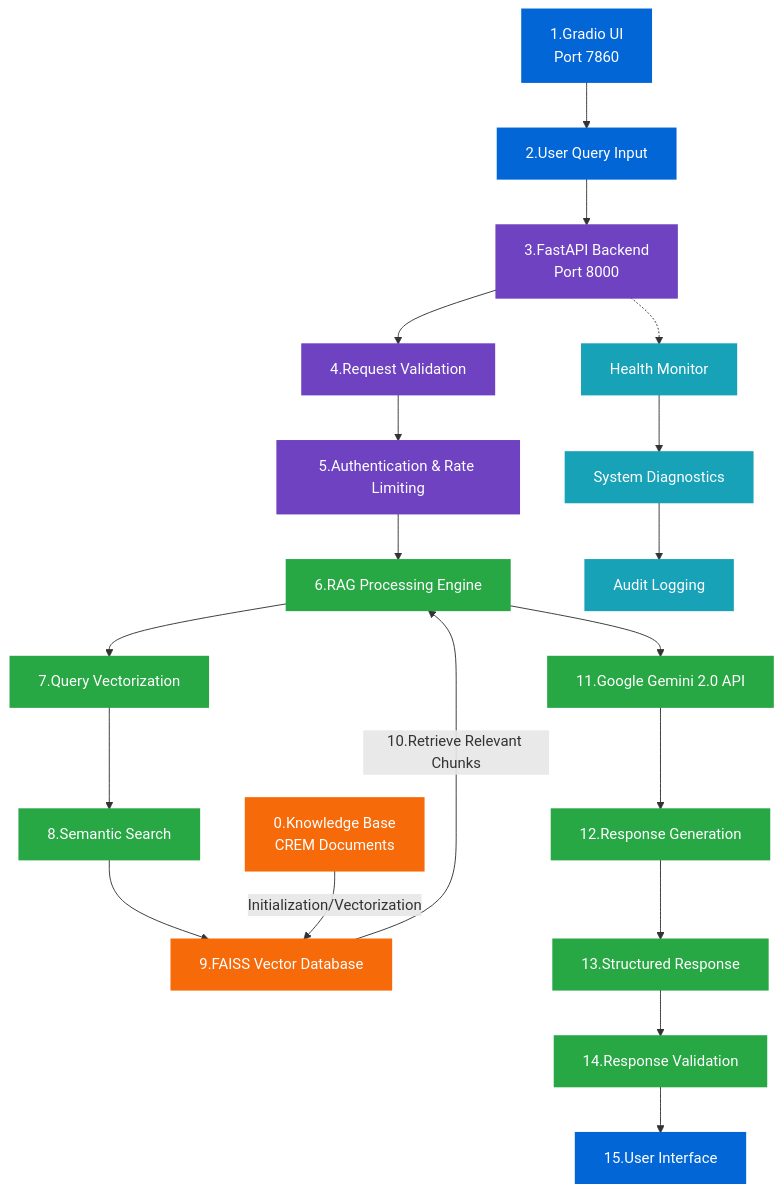
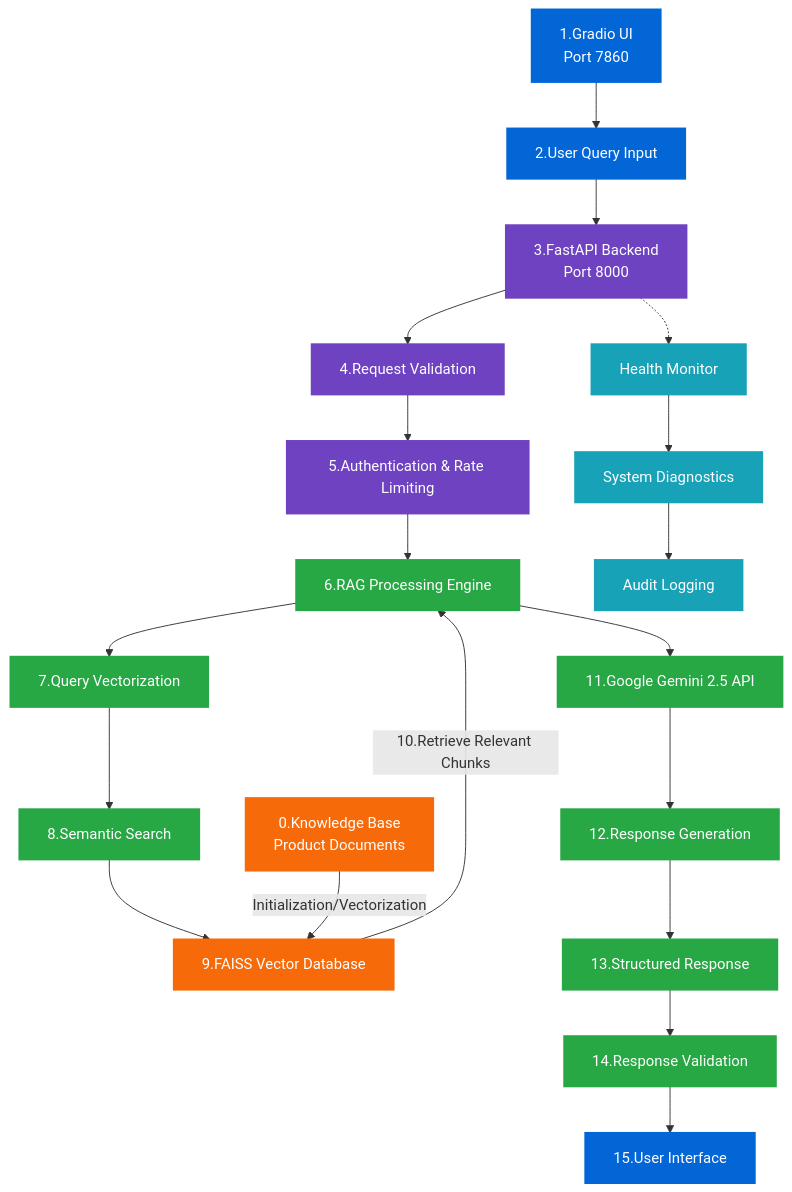
One commit to ubn2vm/trend-micro-security-qa-api changed the diagram in docs/data_flow.md. Above: the diagram before and after it, drawn with Mermaid. The commit also changed other lines of this file and 35 other files, not shown here.

````diff
--- a/docs/data_flow.md
+++ b/docs/data_flow.md
@@ -5,78 +5,78 @@
 ```mermaid
 graph TB
 
     %% Node Definitions - Define all nodes first
     A["1.Gradio UI<br>Port 7860"]
     B["2.User Query Input"]
     C["3.FastAPI Backend<br>Port 8000"]
     D["4.Request Validation"]
     E["5.Authentication & Rate Limiting"]
     F["6.RAG Processing Engine"]
     G["7.Query Vectorization"]
     H["8.Semantic Search"]
     I["9.FAISS Vector Database"]
-    J["0.Knowledge Base<br>CREM Documents"]
-    K["11.Google Gemini 2.0 API"]
+    J["0.Knowledge Base<br>Product Documents"]
+    K["11.Google Gemini 2.5 API"]
     O["12.Response Generation"]
     Q["13.Structured Response"]
     R["14.Response Validation"]
     S["15.User Interface"]
 
     %% Monitoring Layer Nodes
     L1["Health Monitor"]
     L2["System Diagnostics"]
     L3["Audit Logging"]
 
     %% Main Flow Connections
     A --> B
     B --> C
     C --> D
     D --> E
     E --> F
     F --> G
     G --> H
     H --> I
     I -- "10.Retrieve Relevant Chunks" --> F
     F --> K
     K --> O
     O --> Q
     Q --> R
     R --> S
 
     %% Knowledge Base Initialization Connection
     J -- "Initialization/Vectorization" --> I
 
     %% Monitoring Layer Connections
     C -.-> L1
     L1 --> L2
     L2 --> L3
 
     %% GitHub-friendly color scheme - works on both light and dark themes
     %% Frontend Layer (GitHub Blue)
     style A fill:#0366d6,stroke:#0366d6,stroke-width:2px,color:#ffffff
     style B fill:#0366d6,stroke:#0366d6,stroke-width:2px,color:#ffffff
     style S fill:#0366d6,stroke:#0366d6,stroke-width:2px,color:#ffffff
 
     %% API Layer (GitHub Purple)
     style C fill:#6f42c1,stroke:#6f42c1,stroke-width:2px,color:#ffffff
     style D fill:#6f42c1,stroke:#6f42c1,stroke-width:2px,color:#ffffff
     style E fill:#6f42c1,stroke:#6f42c1,stroke-width:2px,color:#ffffff
 
     %% Processing/LLM Layer (GitHub Green)
     style F fill:#28a745,stroke:#28a745,stroke-width:2px,color:#ffffff
     style G fill:#28a745,stroke:#28a745,stroke-width:2px,color:#ffffff
     style H fill:#28a745,stroke:#28a745,stroke-width:2px,color:#ffffff
     style K fill:#28a745,stroke:#28a745,stroke-width:2px,color:#ffffff
     style O fill:#28a745,stroke:#28a745,stroke-width:2px,color:#ffffff
     style Q fill:#28a745,stroke:#28a745,stroke-width:2px,color:#ffffff
     style R fill:#28a745,stroke:#28a745,stroke-width:2px,color:#ffffff
 
     %% Database Layer (GitHub Orange)
     style I fill:#f66a0a,stroke:#f66a0a,stroke-width:2px,color:#ffffff
     style J fill:#f66a0a,stroke:#f66a0a,stroke-width:2px,color:#ffffff
 
     %% Monitoring Layer (GitHub Cyan)
     style L1 fill:#17a2b8,stroke:#17a2b8,stroke-width:2px,color:#ffffff
     style L2 fill:#17a2b8,stroke:#17a2b8,stroke-width:2px,color:#ffffff
     style L3 fill:#17a2b8,stroke:#17a2b8,stroke-width:2px,color:#ffffff
 ```
````
